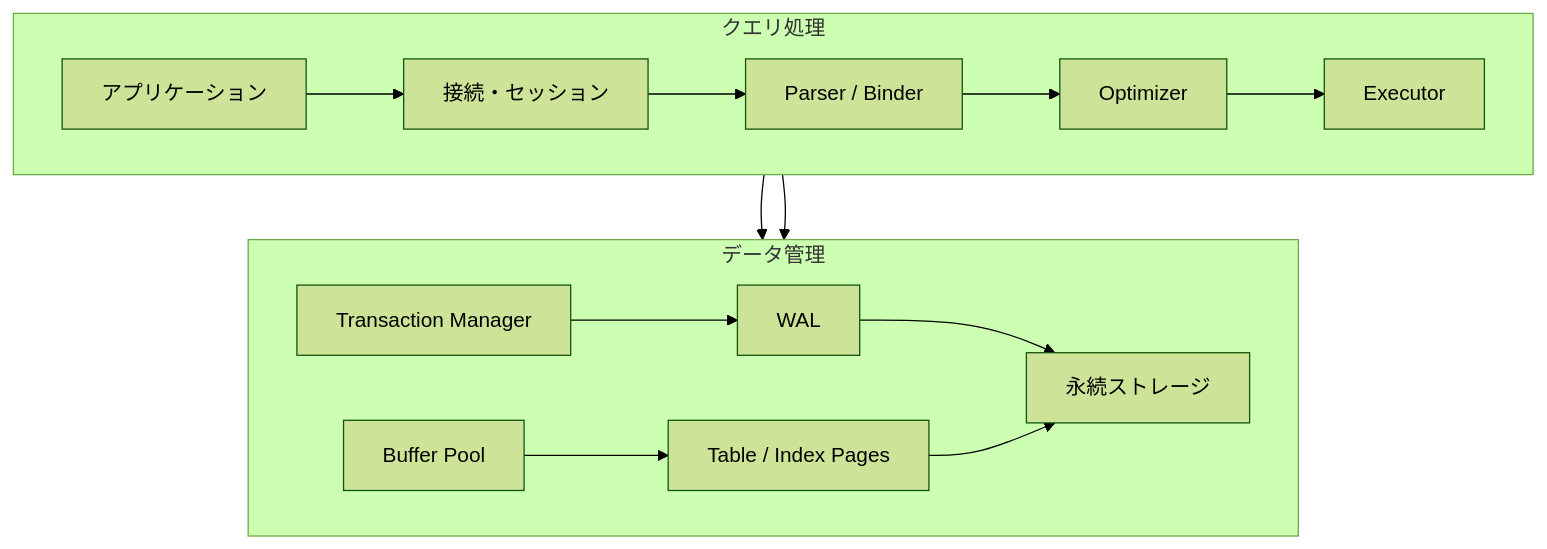
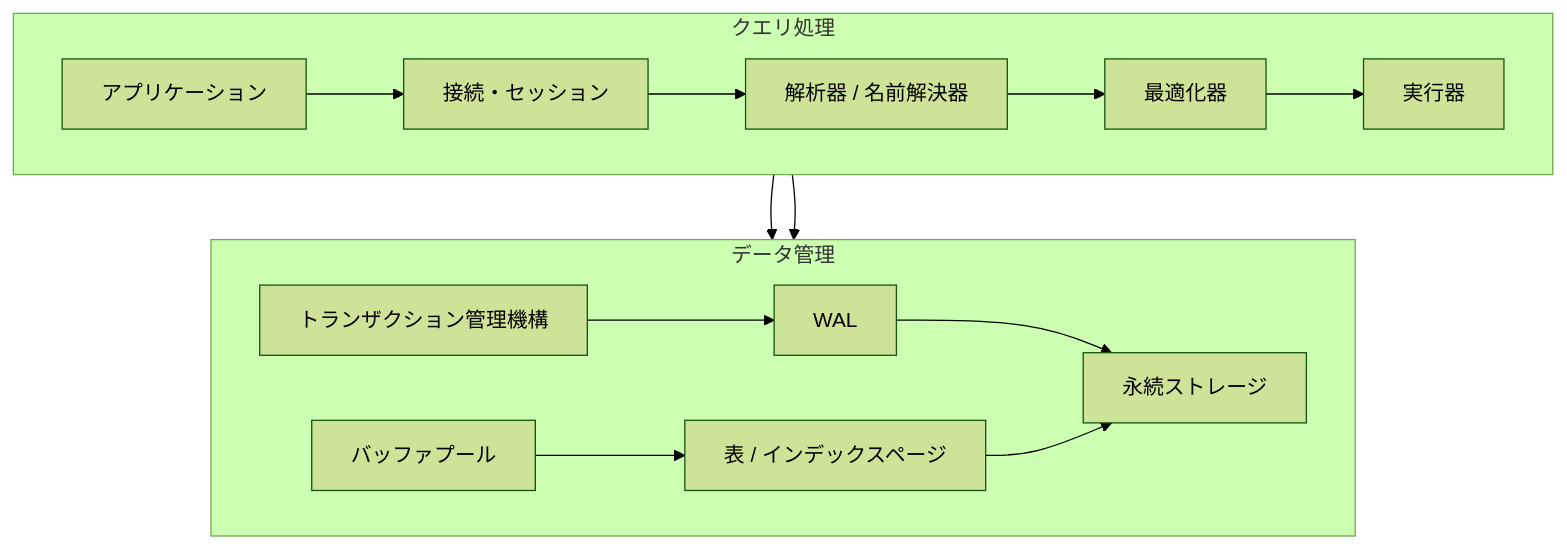
The first of 2 diagrams in src/content/docs/01-foundations/01-overview.md (hirunebot/database-systems-book), drawn with Mermaid (forest theme) before and after one commit. The commit also changed other lines of this file and 42 other files, not shown here.

````diff
--- a/src/content/docs/01-foundations/01-overview.md
+++ b/src/content/docs/01-foundations/01-overview.md
@@ -39,21 +39,21 @@
 ```mermaid
 flowchart TB
     subgraph Query["クエリ処理"]
         direction LR
         A["アプリケーション"] --> B["接続・セッション"]
-        B --> C["Parser / Binder"]
-        C --> D["Optimizer"]
-        D --> E["Executor"]
+        B --> C["解析器 / 名前解決器"]
+        C --> D["最適化器"]
+        D --> E["実行器"]
     end
 
     subgraph Data["データ管理"]
         direction LR
-        F["Transaction Manager"] --> I["WAL"]
-        G["Buffer Pool"] --> H["Table / Index Pages"]
+        F["トランザクション管理機構"] --> I["WAL"]
+        G["バッファプール"] --> H["表 / インデックスページ"]
         I --> J["永続ストレージ"]
         H --> J
     end
 
     E --> F
     E --> G
 ```
````
